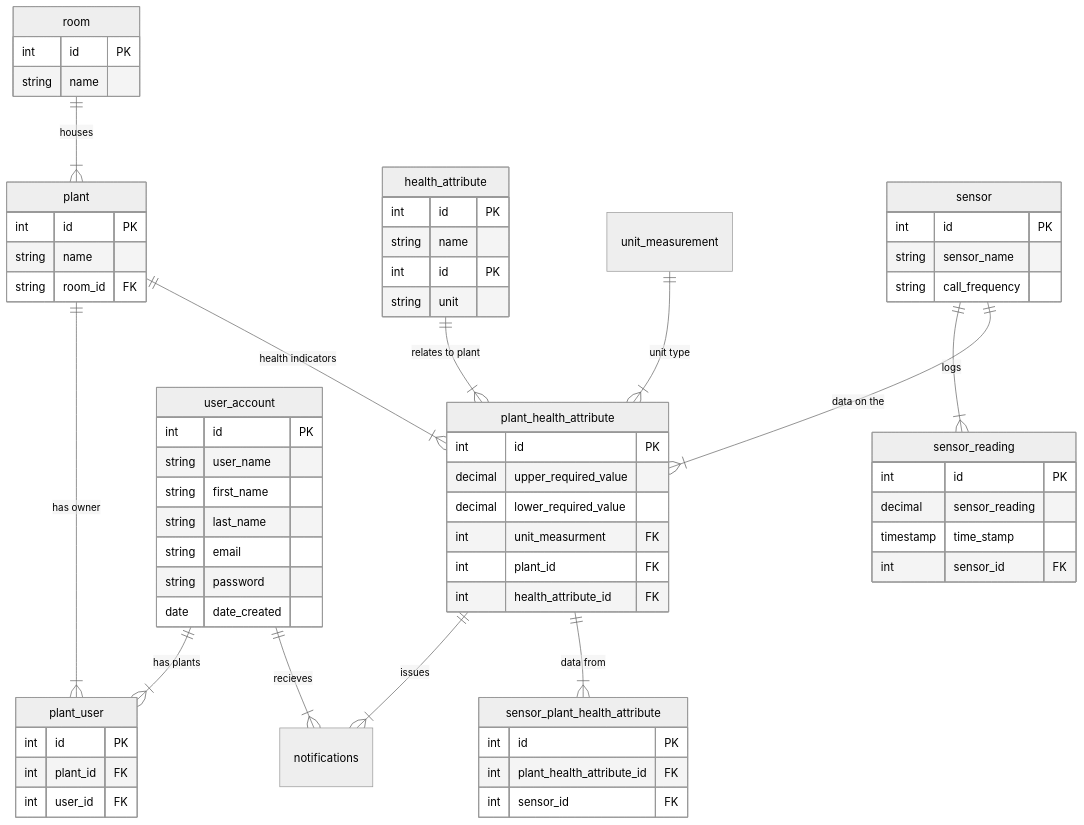
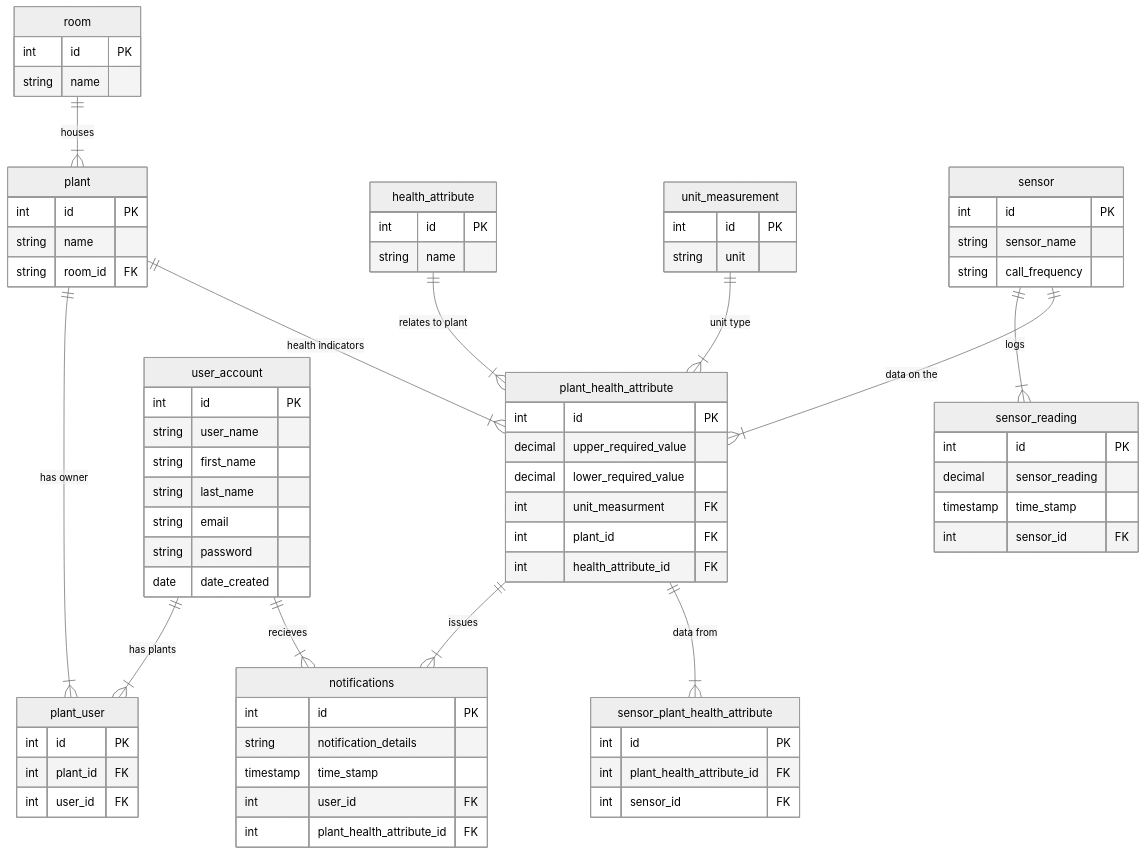
The diagram in migrations/README.md (diarmuidDoran/jarvisPlantHealth), drawn with Mermaid before and after one commit.

````diff
--- a/migrations/README.md
+++ b/migrations/README.md
@@ -49,7 +49,7 @@
     
     unit_measurement ||--|{ plant_health_attribute: "unit type"
     
-    health_attribute{
+    unit_measurement{
         int id PK
         string unit
     }
@@ -88,4 +88,13 @@
         int plant_health_attribute_id FK
         int sensor_id FK
    }
+   
+   notifications{
+        int id PK
+        string notification_details
+        timestamp time_stamp
+        int user_id FK
+        int plant_health_attribute_id FK
+   }
+   
 ```
````
